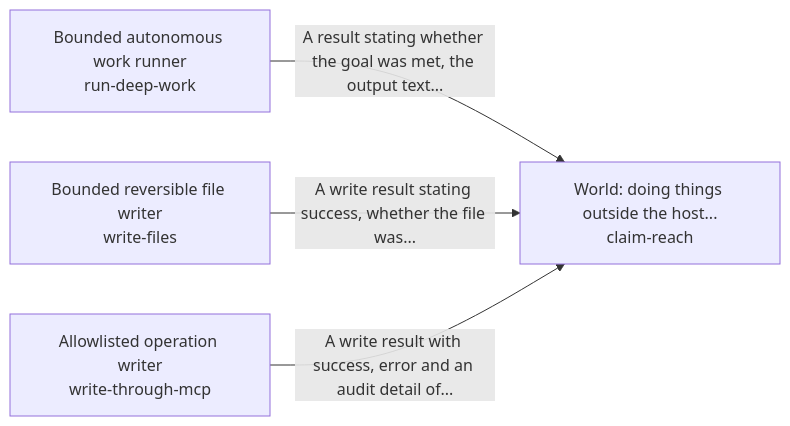
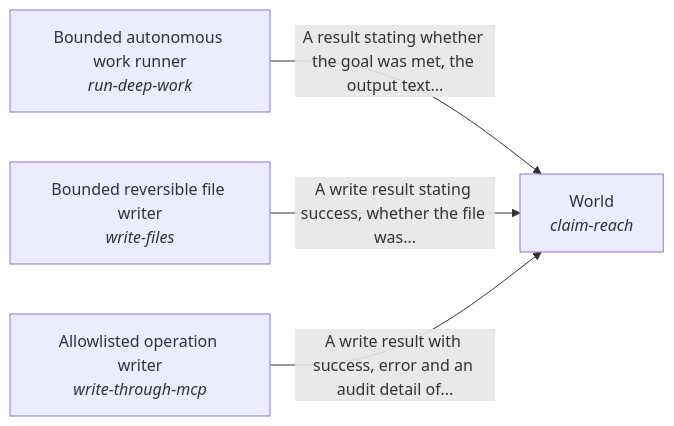
Before and after one commit to SpiritualData/quest-ai-runner: the diagram in quest_ai_runner/act_as_the_body/README.md, drawn with Mermaid. The commit also changed other lines of this file and 111 other files, not shown here.

Commit message:
Human names lead every record: name every solution, metric and arm, and rewrite each intent's coherence paragraph in display names (regenerated readmes, diagrams, tracker)

````diff
--- a/quest_ai_runner/act_as_the_body/README.md
+++ b/quest_ai_runner/act_as_the_body/README.md
@@ -17,10 +17,10 @@
 ```mermaid
 flowchart LR
-    s0["Bounded autonomous work runner<br/>run-deep-work"]
-    s1["Bounded reversible file writer<br/>write-files"]
-    s2["Allowlisted operation writer<br/>write-through-mcp"]
-    s3["World: doing things outside the host...<br/>claim-reach"]
+    s0["Bounded autonomous work runner<br/><i>run-deep-work</i>"]
+    s1["Bounded reversible file writer<br/><i>write-files</i>"]
+    s2["Allowlisted operation writer<br/><i>write-through-mcp</i>"]
+    s3["World<br/><i>claim-reach</i>"]
     s0 -->|"A result stating whether the goal was met, the output text..."| s3
     s1 -->|"A write result stating success, whether the file was..."| s3
     s2 -->|"A write result with success, error and an audit detail of..."| s3
 ```
````
